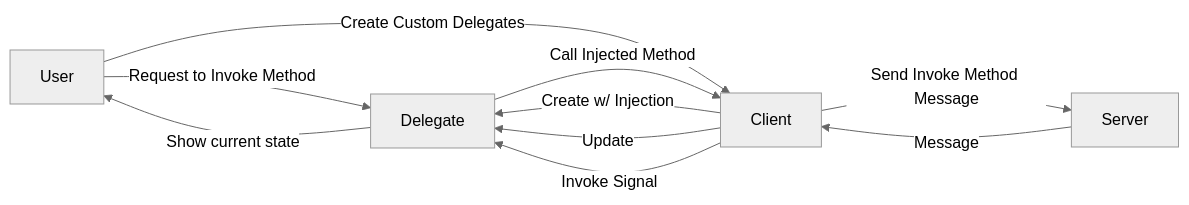
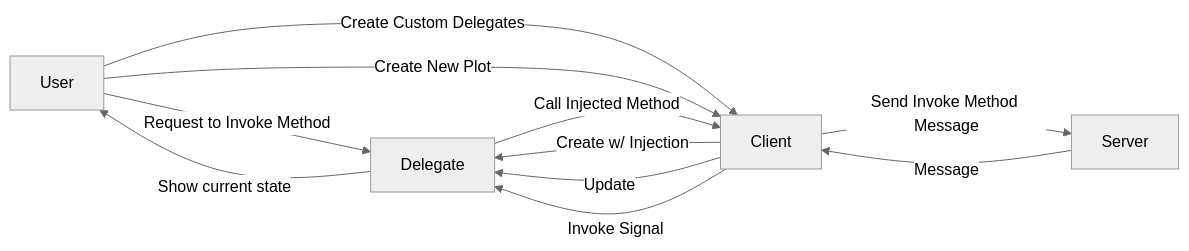
One commit to InsightCenterNoodles/Penne changed the diagram in README.md. Above: the diagram before and after it, drawn with Mermaid (neutral theme).

````diff
--- a/README.md
+++ b/README.md
@@ -24,12 +24,13 @@
 ```mermaid
 flowchart LR;
     User-- Request to Invoke Method -->Delegate;
     User-- Create Custom Delegates --> Client;
+    User-- Create New Plot --> Client;
     Delegate-- Call Injected Method -->Client;
     Client-- Send Invoke Method Message -->Server;
     Server-- Message -->Client;
     Client-- Create w/ Injection -->Delegate;
     Client-- Update -->Delegate;
     Client-- Invoke Signal -->Delegate;
     Delegate-- Show current state -->User;
 ```
````
